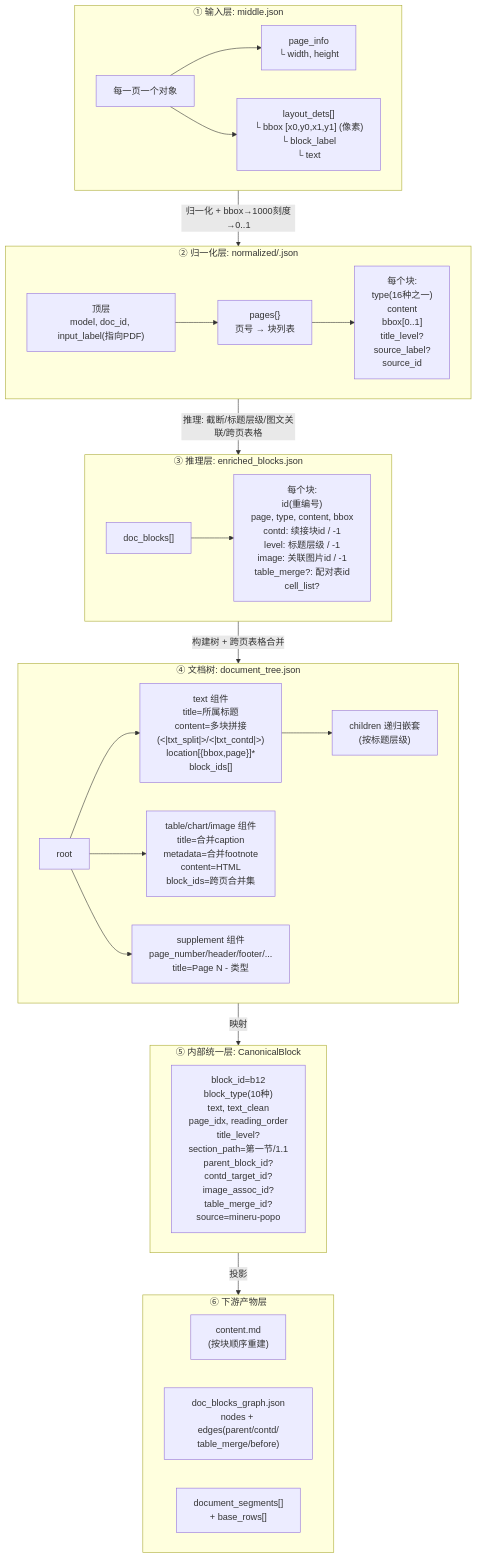
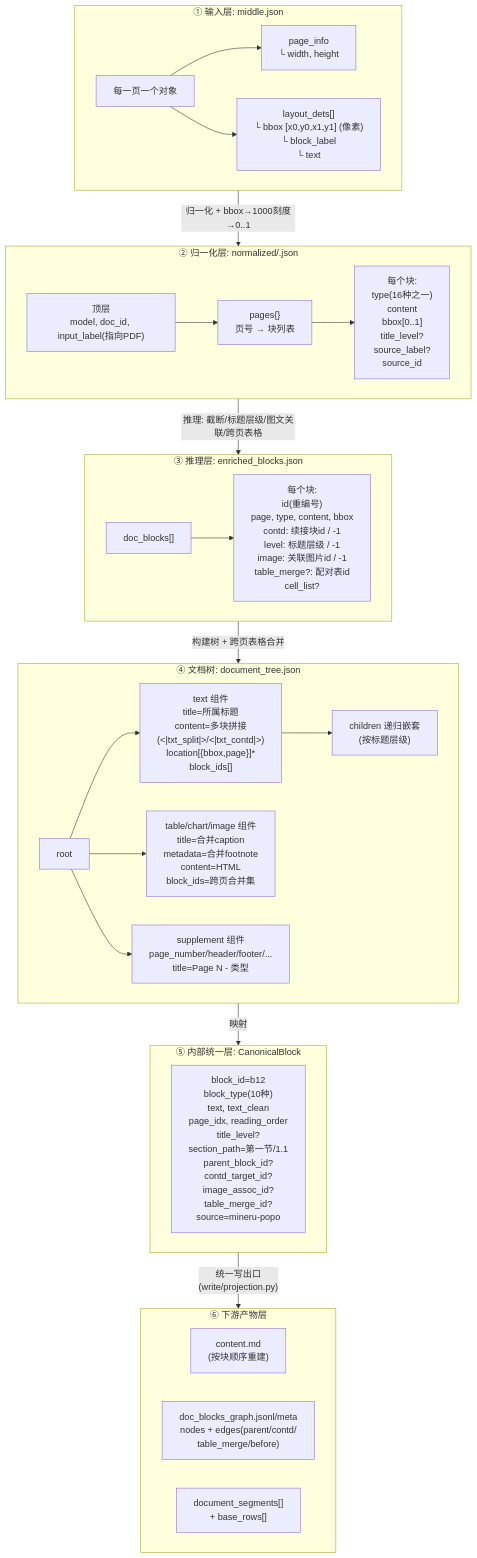
The second of 4 diagrams in docs/popo-pipeline.md (0mao0/AnGIneer), drawn with Mermaid before and after one commit. The commit also changed other lines of this file and 18 other files, not shown here.

````diff
--- a/docs/popo-pipeline.md
+++ b/docs/popo-pipeline.md
@@ -34,47 +34,47 @@
 ```mermaid
 flowchart TB
     subgraph L1["① 输入层: middle.json"]
         M1["每一页一个对象"]
         M1 --> M1a["page_info<br/>└ width, height"]
         M1 --> M1b["layout_dets[]<br/>└ bbox [x0,y0,x1,y1] (像素)<br/>└ block_label<br/>└ text"]
     end
 
     L1 -->|"归一化 + bbox→1000刻度→0..1"| L2
 
     subgraph L2["② 归一化层: normalized/<doc_id>.json"]
         N1["顶层<br/>model, doc_id, input_label(指向PDF)"]
         N1 --> N2["pages{}<br/>页号 → 块列表"]
         N2 --> N3["每个块:<br/>type(16种之一)<br/>content<br/>bbox[0..1]<br/>title_level?<br/>source_label?<br/>source_id"]
     end
 
     L2 -->|"推理: 截断/标题层级/图文关联/跨页表格"| L3
 
     subgraph L3["③ 推理层: enriched_blocks.json"]
         E1["doc_blocks[]"]
         E1 --> E2["每个块:<br/>id(重编号)<br/>page, type, content, bbox<br/>contd: 续接块id / -1<br/>level: 标题层级 / -1<br/>image: 关联图片id / -1<br/>table_merge?: 配对表id<br/>cell_list?"]
     end
 
     L3 -->|"构建树 + 跨页表格合并"| L4
 
     subgraph L4["④ 文档树: document_tree.json"]
         T1["root"]
         T1 --> T2["text 组件<br/>title=所属标题<br/>content=多块拼接<br/>(<|txt_split|>/<|txt_contd|>)<br/>location[{bbox,page}]*<br/>block_ids[]"]
         T1 --> T3["table/chart/image 组件<br/>title=合并caption<br/>metadata=合并footnote<br/>content=HTML<br/>block_ids=跨页合并集"]
         T1 --> T4["supplement 组件<br/>page_number/header/footer/...<br/>title=Page N - 类型"]
         T2 --> T5["children 递归嵌套<br/>(按标题层级)"]
     end
 
     L4 -->|"映射"| L5
 
     subgraph L5["⑤ 内部统一层: CanonicalBlock"]
         C1["block_id=b12<br/>block_type(10种)<br/>text, text_clean<br/>page_idx, reading_order<br/>title_level?<br/>section_path=第一节/1.1<br/>parent_block_id?<br/>contd_target_id?<br/>image_assoc_id?<br/>table_merge_id?<br/>source=mineru-popo"]
     end
 
-    L5 -->|"投影"| L6
+    L5 -->|"统一写出口<br/>(write/projection.py)"| L6
 
     subgraph L6["⑥ 下游产物层"]
         P1["content.md<br/>(按块顺序重建)"]
-        P2["doc_blocks_graph.json<br/>nodes + edges(parent/contd/<br/>table_merge/before)"]
+        P2["doc_blocks_graph.jsonl/meta<br/>nodes + edges(parent/contd/<br/>table_merge/before)"]
         P3["document_segments[]<br/>+ base_rows[]"]
     end
 ```
````
